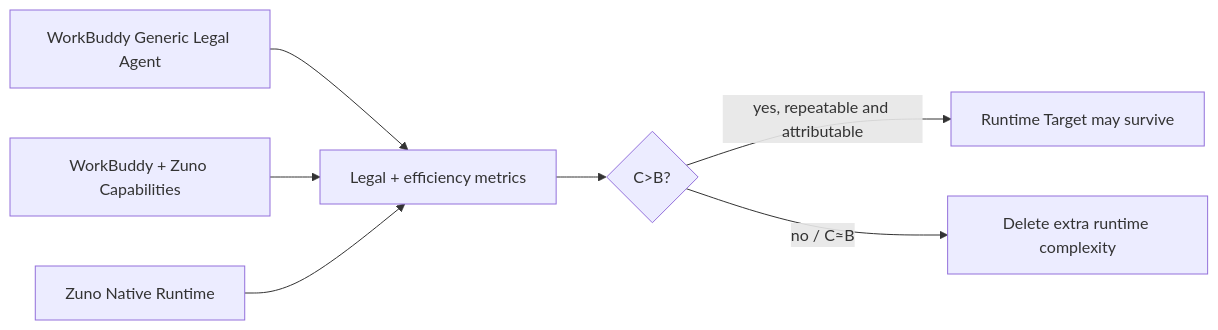
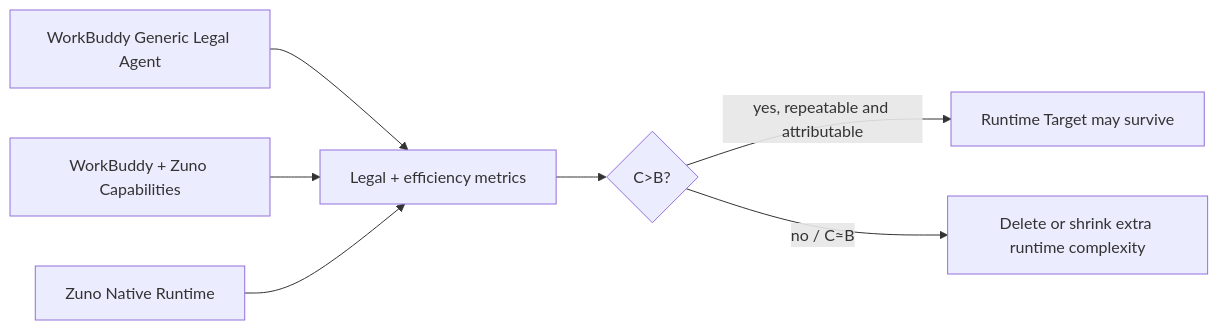
One commit to ProfessorZhi/Zuno changed diagram 13 of 14 in docs/project/architecture/architecture-views.md. Above: the diagram before and after it, drawn with Mermaid. The commit also changed other lines of this file and 27 other files, not shown here.

Commit message:
docs: apply approved canonical architecture target

````diff
--- a/docs/project/architecture/architecture-views.md
+++ b/docs/project/architecture/architecture-views.md
@@ -189,9 +194,9 @@
 ```mermaid
 flowchart LR
   A[WorkBuddy Generic Legal Agent] --> METRIC[Legal + efficiency metrics]
   B[WorkBuddy + Zuno Capabilities] --> METRIC
   C[Zuno Native Runtime] --> METRIC
   METRIC --> GATE{C>B?}
   GATE -->|yes, repeatable and attributable| KEEP[Runtime Target may survive]
-  GATE -->|no / C≈B| DELETE[Delete extra runtime complexity]
+  GATE -->|no / C≈B| DELETE[Delete or shrink extra runtime complexity]
 ```
````
